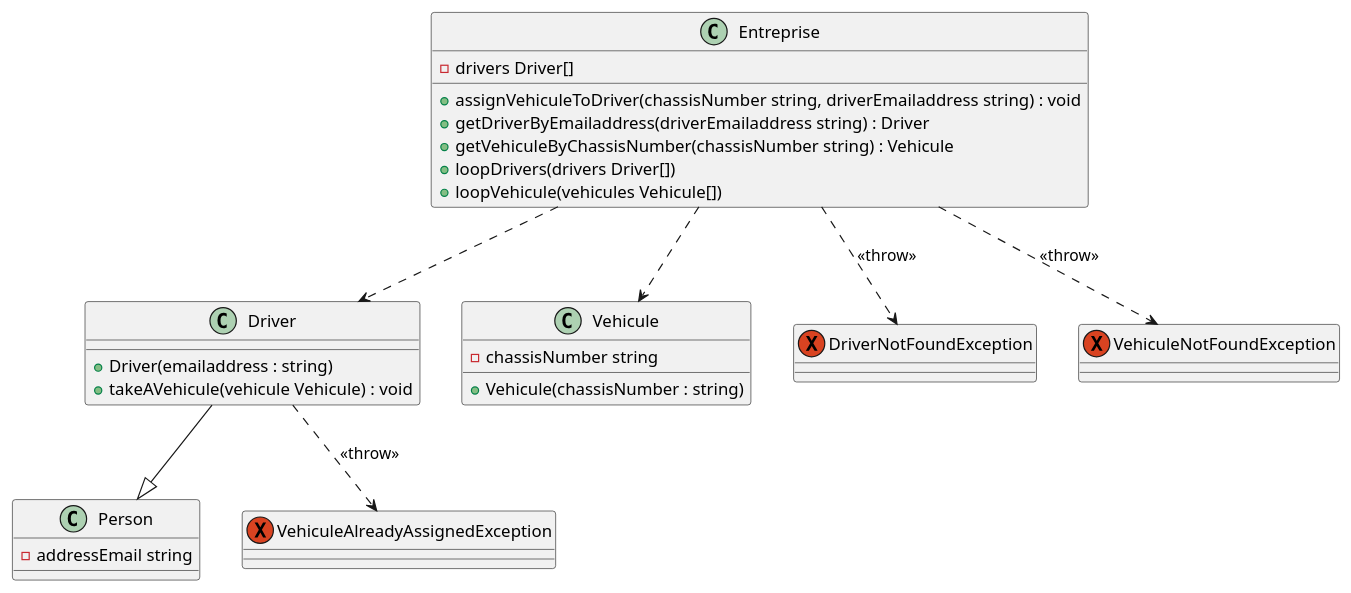
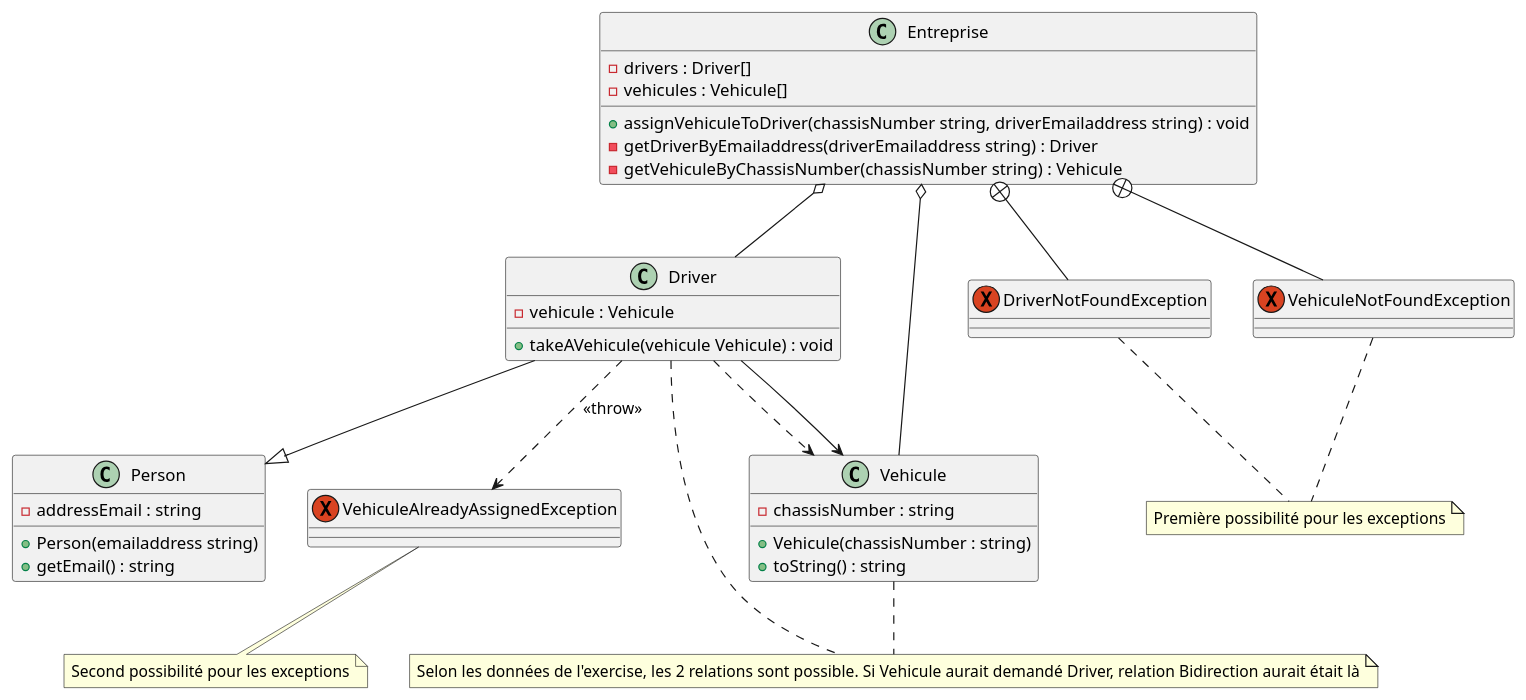
Before and after one commit to NathanChauveau/SequenceToCode: the diagram in docs/diagramClass.wsd, drawn with PlantUML. The commit also changed 14 other files, not shown here.

```diff
--- a/docs/diagramClass.wsd
+++ b/docs/diagramClass.wsd
@@ -1,33 +1,46 @@
 @startuml
 class Entreprise
 class Driver
 class Person
 class Vehicule
 exception DriverNotFoundException 
 exception VehiculeNotFoundException
 exception VehiculeAlreadyAssignedException
 
-Entreprise : - drivers Driver[]
+Entreprise : -drivers : Driver[]
+Entreprise : -vehicules : Vehicule[]
 Entreprise : +assignVehiculeToDriver(chassisNumber string, driverEmailaddress string) : void
-Entreprise : +getDriverByEmailaddress(driverEmailaddress string) : Driver
-Entreprise : +getVehiculeByChassisNumber(chassisNumber string) : Vehicule
-Entreprise : +loopDrivers(drivers Driver[])
-Entreprise : +loopVehicule(vehicules Vehicule[])
+Entreprise : -getDriverByEmailaddress(driverEmailaddress string) : Driver
+Entreprise : -getVehiculeByChassisNumber(chassisNumber string) : Vehicule
 
-Driver : +Driver(emailaddress : string) 
+Driver : -vehicule : Vehicule
 Driver : +takeAVehicule(vehicule Vehicule) : void
 
-Person : - addressEmail string
+Person : -addressEmail : string
+Person : +Person(emailaddress string)
+Person : +getEmail() : string
 
 Vehicule : +Vehicule(chassisNumber : string)
-Vehicule : - chassisNumber string 
+Vehicule : +toString() : string
+Vehicule : -chassisNumber : string 
+ 
 
+Entreprise o-- Driver
+Entreprise o-- Vehicule
+Driver --|> Person
+Entreprise +-- DriverNotFoundException 
+Entreprise +-- VehiculeNotFoundException 
+Driver ..> Vehicule
+Driver --> Vehicule
+Driver ..> VehiculeAlreadyAssignedException : << throw >> 
 
-Entreprise ..> Driver
-Entreprise ..> Vehicule
-Driver --|> Person
-Entreprise ..> DriverNotFoundException : << throw >>
-Entreprise ..> VehiculeNotFoundException : << throw >>
-Driver ..> VehiculeAlreadyAssignedException : << throw >>
+note "Première possibilité pour les exceptions" as N1
+note "Second possibilité pour les exceptions" as N2
+note "Selon les données de l'exercise, les 2 relations sont possible. Si Vehicule aurait demandé Driver, relation Bidirection aurait était là" as N3
+Driver .. N3
+Vehicule .. N3
+DriverNotFoundException .. N1
+VehiculeNotFoundException .. N1
+VehiculeAlreadyAssignedException .. N2
 
 @enduml
```
